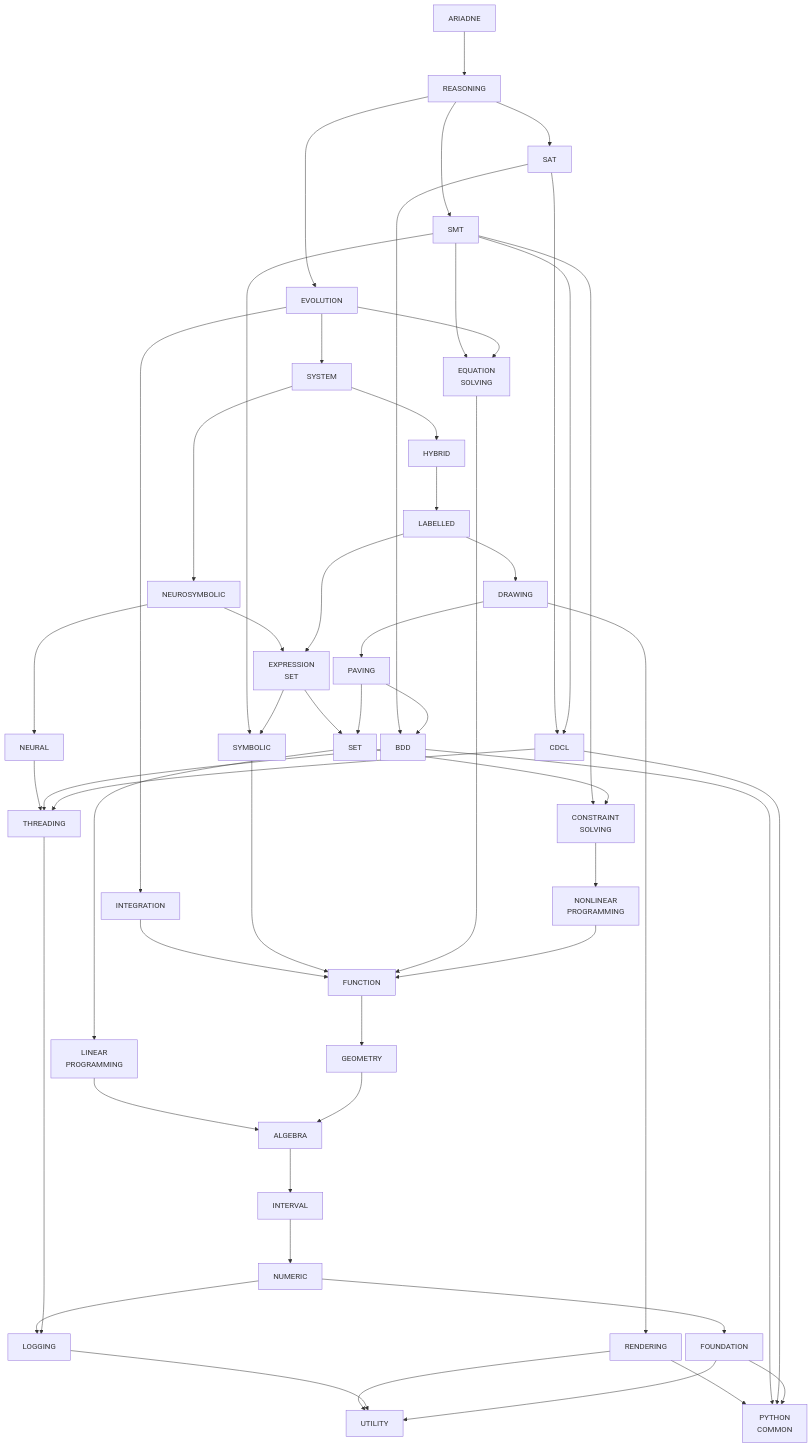
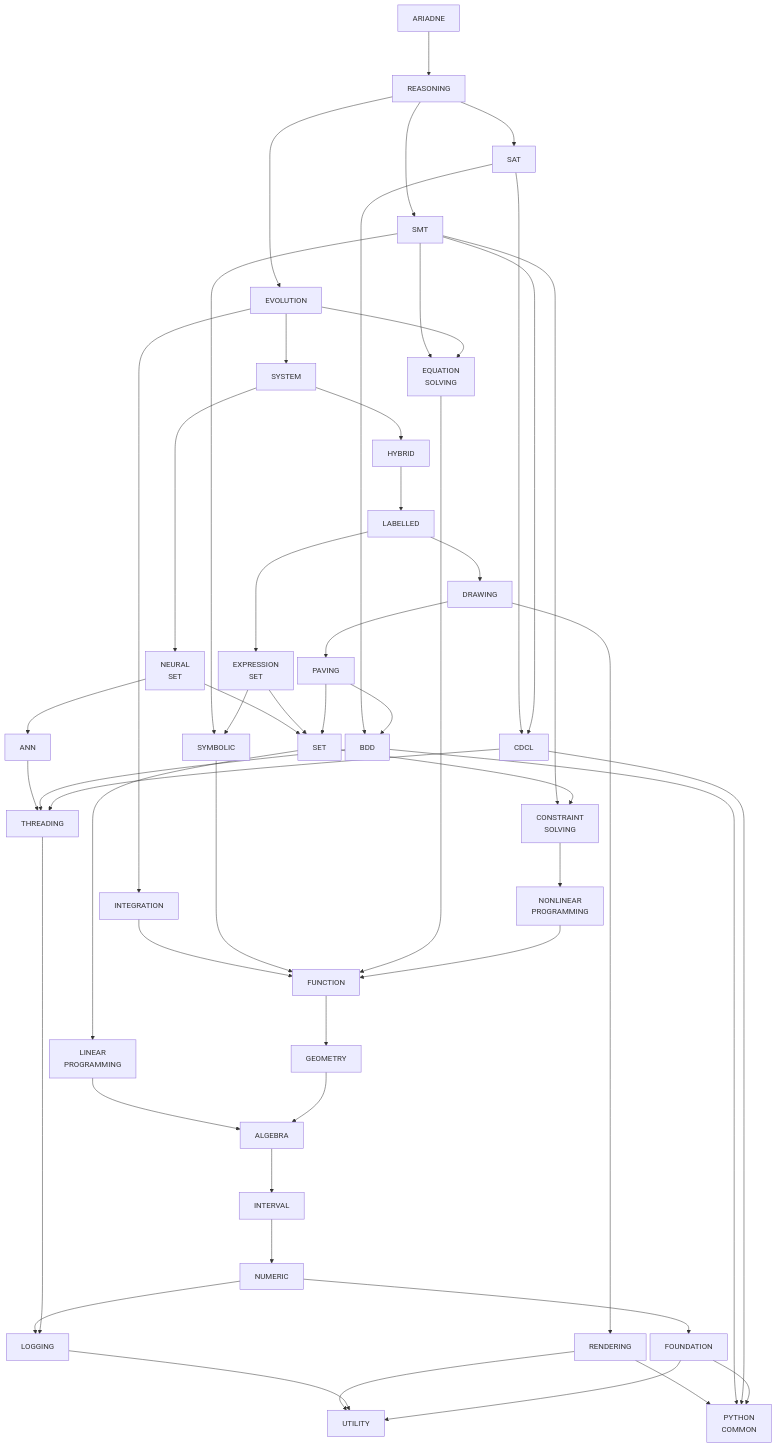
The diagram in doc/structure.md (ariadne-cps/ariadne), drawn with Mermaid before and after one commit. The commit also changed other lines of this file, not shown here.

Commit message:
docs: rename neural modules and update dependency constraints

```diff
--- a/doc/structure.md
+++ b/doc/structure.md
@@ -9,7 +9,7 @@
     reasoning["REASONING"]
     sat["SAT"]
     smt["SMT"]
-    neurosymbolic["NEUROSYMBOLIC"]
+    neural_set["NEURAL<br/>SET"]
     evolution["EVOLUTION"]
     integration["INTEGRATION"]
     system["SYSTEM"]
@@ -19,7 +19,7 @@
     expression_set["EXPRESSION<br/>SET"]
     paving["PAVING"]
     set["SET"]
-    neural["NEURAL"]
+    ann["ANN"]
     symbolic["SYMBOLIC"]
     constraint_solving["CONSTRAINT<br/>SOLVING"]
     equation_solving["EQUATION<br/>SOLVING"]
@@ -54,16 +54,16 @@
     smt --> constraint_solving
     smt --> equation_solving
 
-    neurosymbolic --> neural
-    neurosymbolic --> expression_set
-    neural --> threading
+    neural_set --> ann
+    neural_set --> set
+    ann --> threading
 
     evolution --> integration
     evolution --> system
     evolution --> equation_solving
     integration --> function
     system --> hybrid
-    system --> neurosymbolic
+    system --> neural_set
     hybrid --> labelled
     labelled --> expression_set
     labelled --> drawing
```
